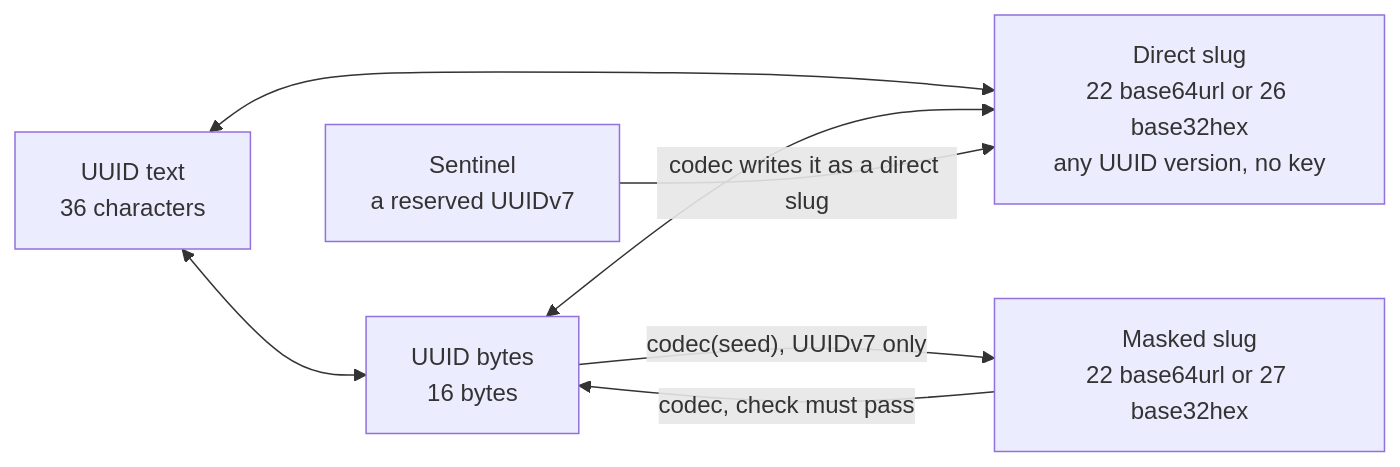
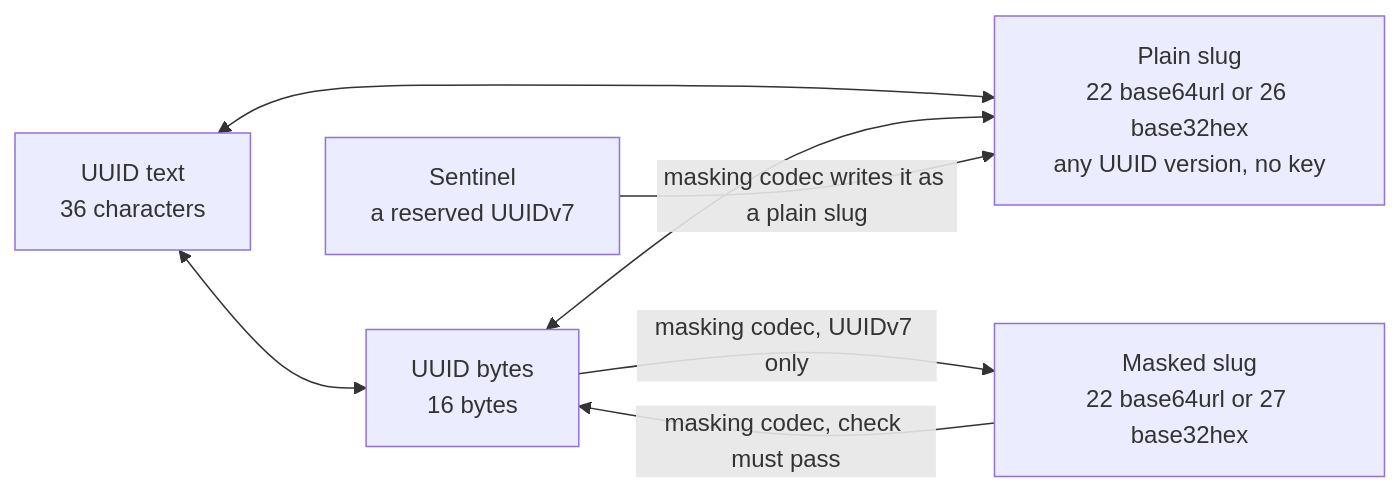
Before and after one commit to Anizoptera/uuid-slug: the diagram in README.md, drawn with Mermaid. The commit also changed other lines of this file and 60 other files, not shown here.

First line of the commit message:
feat!: simplify UUID slug conversions

````diff
--- a/README.md
+++ b/README.md
@@ -171,9 +172,9 @@
 ```mermaid
 flowchart LR
   T["UUID text<br>36 characters"] <--> B["UUID bytes<br>16 bytes"]
-  T <--> S["Direct slug<br>22 base64url or 26 base32hex<br>any UUID version, no key"]
+  T <--> S["Plain slug<br>22 base64url or 26 base32hex<br>any UUID version, no key"]
   B <--> S
-  B -- "codec(seed), UUIDv7 only" --> M["Masked slug<br>22 base64url or 27 base32hex"]
-  M -- "codec, check must pass" --> B
-  N["Sentinel<br>a reserved UUIDv7"] -- "codec writes it as a direct slug" --> S
+  B -- "masking codec, UUIDv7 only" --> M["Masked slug<br>22 base64url or 27 base32hex"]
+  M -- "masking codec, check must pass" --> B
+  N["Sentinel<br>a reserved UUIDv7"] -- "masking codec writes it as a plain slug" --> S
 ```
````
